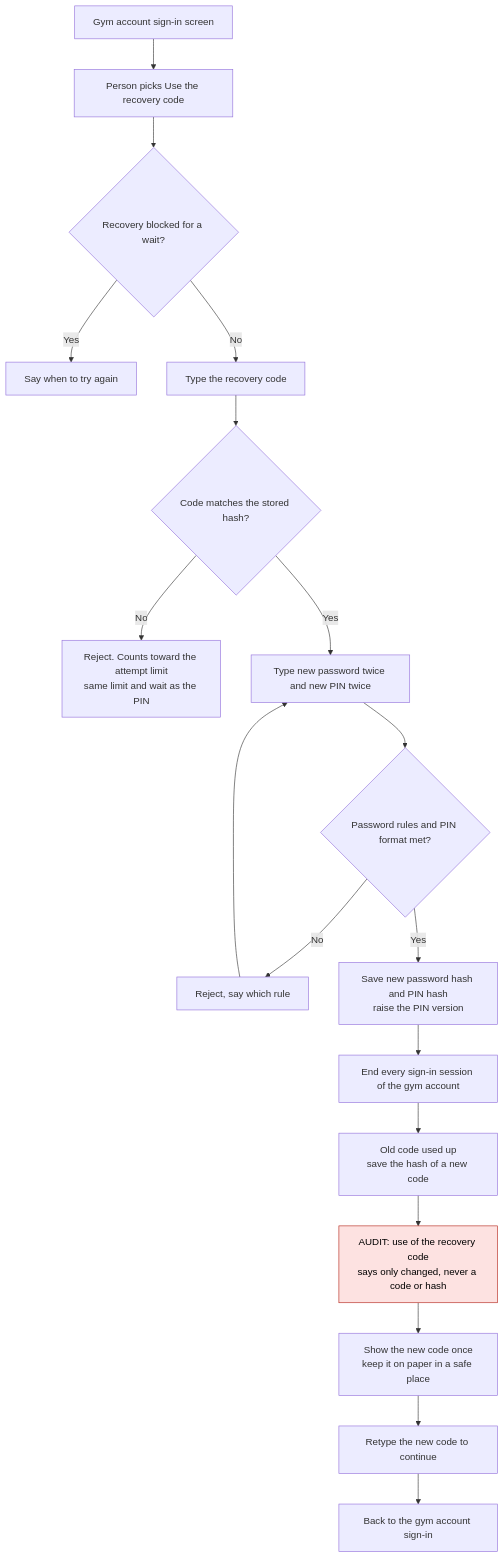
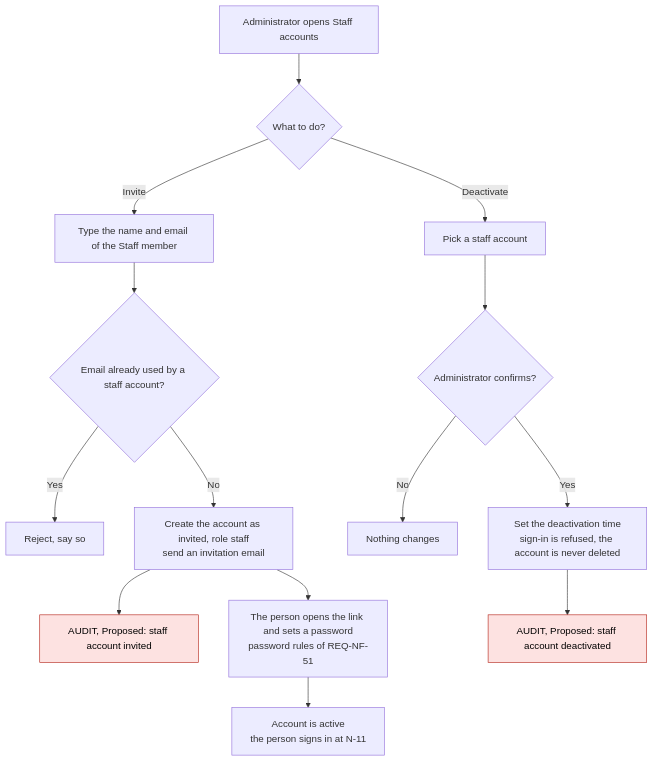
Before and after one commit to Th3-Minorities/natatorio-gym-app: the fourth of 17 diagrams in docs/design/admin-flows.md, drawn with Mermaid. The commit also changed other lines of this file and 8 other files, not shown here.

Commit message:
Update the SRS and design docs for personal staff accounts, check-out, one roster, store sync and the other meeting decisions

````diff
--- a/docs/design/admin-flows.md
+++ b/docs/design/admin-flows.md
@@ -160,23 +108,19 @@
 ```mermaid
 flowchart TD
-  K0["Gym account sign-in screen"] --> K1["Person picks Use the recovery code"]
-  K1 --> K2{"Recovery blocked for a wait?"}
-  K2 -->|"Yes"| K3["Say when to try again"]
-  K2 -->|"No"| K4["Type the recovery code"]
-  K4 --> K5{"Code matches the stored hash?"}
-  K5 -->|"No"| K6["Reject. Counts toward the attempt limit<br/>same limit and wait as the PIN"]
-  K5 -->|"Yes"| K7["Type new password twice and new PIN twice"]
-  K7 --> K8{"Password rules and PIN format met?"}
-  K8 -->|"No"| K9["Reject, say which rule"]
-  K9 --> K7
-  K8 -->|"Yes"| K10["Save new password hash and PIN hash<br/>raise the PIN version"]
-  K10 --> K11["End every sign-in session of the gym account"]
-  K11 --> K12["Old code used up<br/>save the hash of a new code"]
-  K12 --> K13["AUDIT: use of the recovery code<br/>says only changed, never a code or hash"]
-  K13 --> K14["Show the new code once<br/>keep it on paper in a safe place"]
-  K14 --> K15["Retype the new code to continue"]
-  K15 --> K16["Back to the gym account sign-in"]
+  C0["Administrator opens Staff accounts"] --> C1{"What to do?"}
+  C1 -->|"Invite"| I1["Type the name and email of the Staff member"]
+  I1 --> I2{"Email already used by a staff account?"}
+  I2 -->|"Yes"| I3["Reject, say so"]
+  I2 -->|"No"| I4["Create the account as invited, role staff<br/>send an invitation email"]
+  I4 --> I5["AUDIT, Proposed: staff account invited"]
+  I4 --> I6["The person opens the link and sets a password<br/>password rules of REQ-NF-51"]
+  I6 --> I7["Account is active<br/>the person signs in at N-11"]
+  C1 -->|"Deactivate"| D1["Pick a staff account"]
+  D1 --> D2{"Administrator confirms?"}
+  D2 -->|"No"| D3["Nothing changes"]
+  D2 -->|"Yes"| D4["Set the deactivation time<br/>sign-in is refused, the account is never deleted"]
+  D4 --> D5["AUDIT, Proposed: staff account deactivated"]
 
   classDef audit fill:#fde2e1,stroke:#b42318,color:#000
-  class K13 audit
+  class I5,D5 audit
 ```
````
